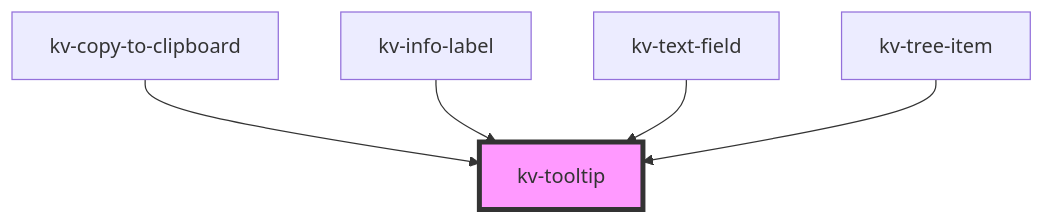
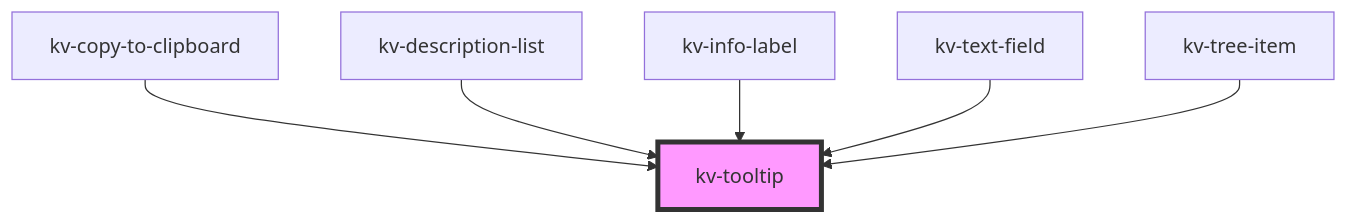
One commit to kelvininc/ui-components changed the diagram in packages/ui-components/src/components/tooltip/readme.md. Above: the diagram before and after it, drawn with Mermaid. The commit also changed other lines of this file and 16 other files, not shown here.

Commit message:
feat(description-list): add component

````diff
--- a/packages/ui-components/src/components/tooltip/readme.md
+++ b/packages/ui-components/src/components/tooltip/readme.md
@@ -96,8 +97,9 @@
 ```mermaid
 graph TD;
   kv-copy-to-clipboard --> kv-tooltip
+  kv-description-list --> kv-tooltip
   kv-info-label --> kv-tooltip
   kv-text-field --> kv-tooltip
   kv-tree-item --> kv-tooltip
   style kv-tooltip fill:#f9f,stroke:#333,stroke-width:4px
 ```
````
